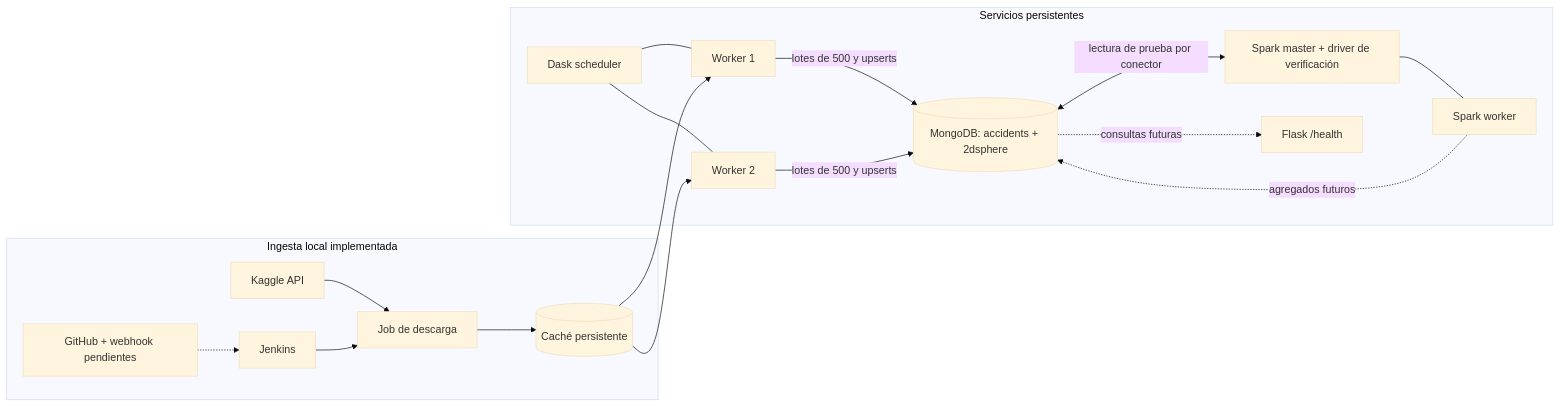
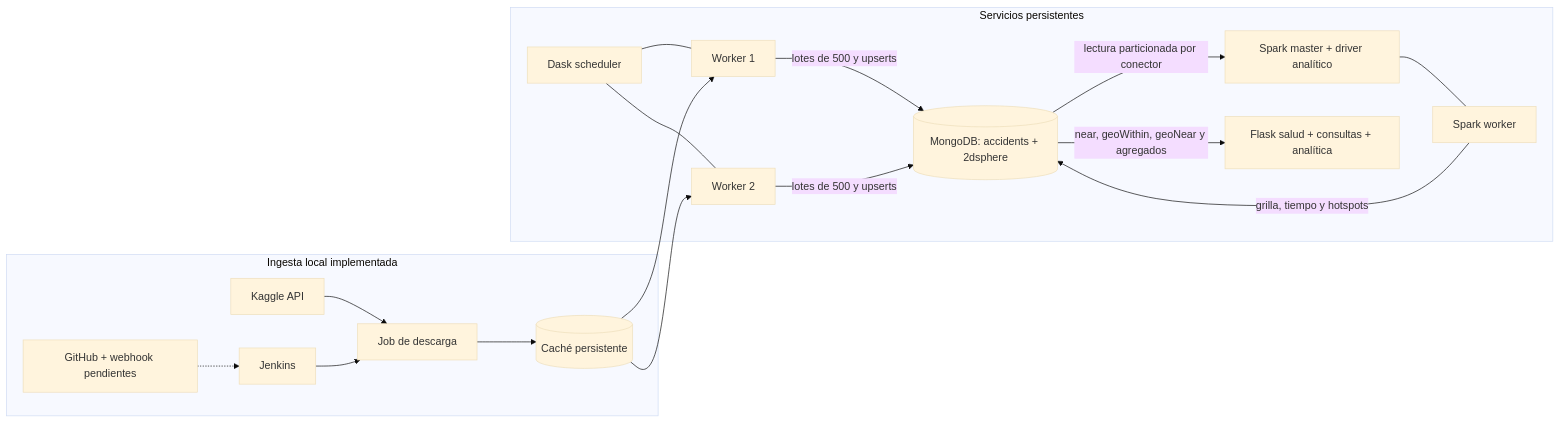
Before and after one commit to DavierGonz/ParcialBigData: the diagram in docs/arquitectura.md, drawn with Mermaid (base theme). The commit also changed other lines of this file and 44 other files, not shown here.

````diff
--- a/docs/arquitectura.md
+++ b/docs/arquitectura.md
@@ -5,23 +7,23 @@
 ```mermaid
 flowchart LR
   subgraph ingesta[Ingesta local implementada]
     GH[GitHub + webhook pendientes] -.-> J[Jenkins]
     K[Kaggle API] --> DL[Job de descarga]
     J --> DL
     DL --> V[(Caché persistente)]
   end
   subgraph actual[Servicios persistentes]
     DS[Dask scheduler] --- D1[Worker 1]
     DS --- D2[Worker 2]
     M[(MongoDB: accidents + 2dsphere)]
-    SM[Spark master + driver de verificación] --- SW[Spark worker]
-    A[Flask /health]
+    SM[Spark master + driver analítico] --- SW[Spark worker]
+    A[Flask salud + consultas + analítica]
   end
   V --> D1
   V --> D2
   D1 -- lotes de 500 y upserts --> M
   D2 -- lotes de 500 y upserts --> M
-  M <-- lectura de prueba por conector --> SM
-  SW -. agregados futuros .-> M
-  M -. consultas futuras .-> A
+  M -- lectura particionada por conector --> SM
+  SW -- grilla, tiempo y hotspots --> M
+  M -- near, geoWithin, geoNear y agregados --> A
 ```
````
